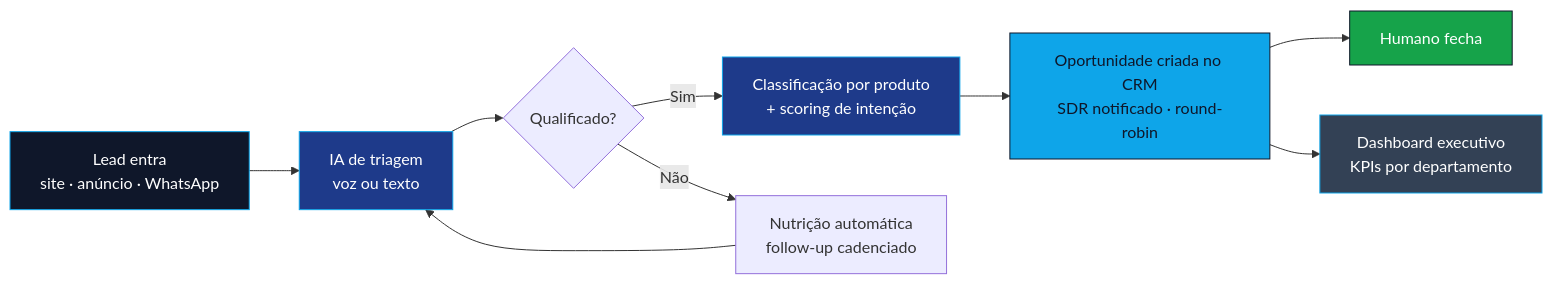
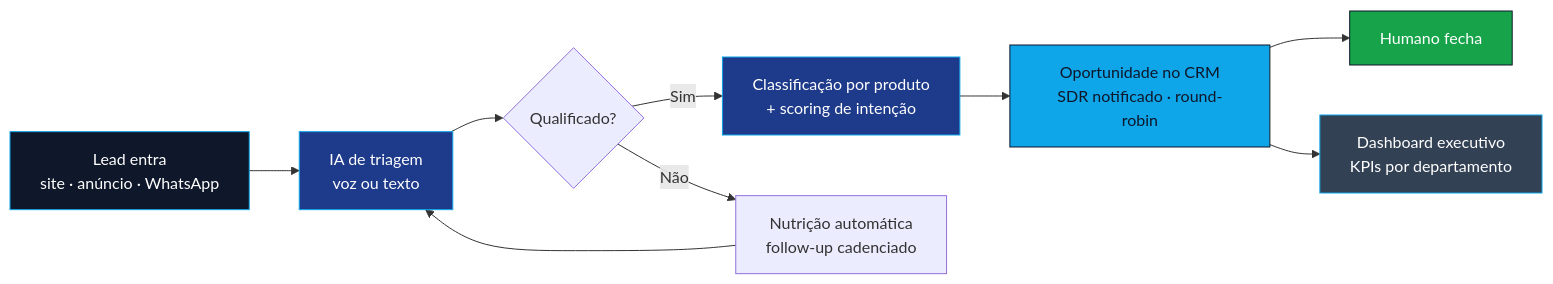
Before and after one commit to RafaellFlorindo/RafaellFlorindo: the diagram in README.md, drawn with Mermaid. The commit also changed other lines of this file, not shown here.

````diff
--- a/README.md
+++ b/README.md
@@ -80,18 +74,18 @@
 ```mermaid
 flowchart LR
     A[Lead entra<br/>site · anúncio · WhatsApp] --> B[IA de triagem<br/>voz ou texto]
     B --> C{Qualificado?}
     C -->|Sim| D[Classificação por produto<br/>+ scoring de intenção]
     C -->|Não| E[Nutrição automática<br/>follow-up cadenciado]
-    D --> F[Oportunidade criada no CRM<br/>SDR notificado · round-robin]
+    D --> F[Oportunidade no CRM<br/>SDR notificado · round-robin]
     F --> G[Humano fecha]
     E --> B
     F --> H[Dashboard executivo<br/>KPIs por departamento]
 
     style A fill:#0F172A,stroke:#0EA5E9,color:#fff
     style B fill:#1E3A8A,stroke:#0EA5E9,color:#fff
     style D fill:#1E3A8A,stroke:#0EA5E9,color:#fff
     style F fill:#0EA5E9,stroke:#0F172A,color:#0F172A
     style G fill:#16A34A,stroke:#0F172A,color:#fff
     style H fill:#334155,stroke:#0EA5E9,color:#fff
 ```
````
